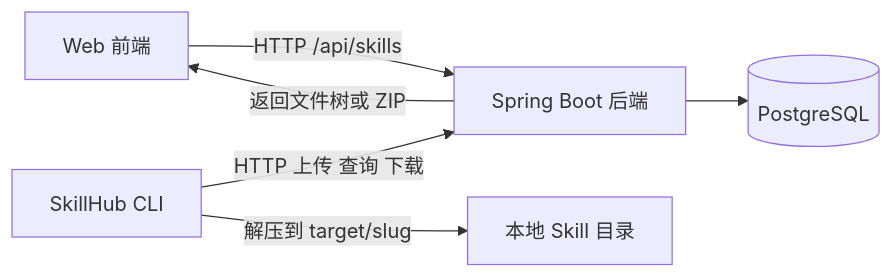
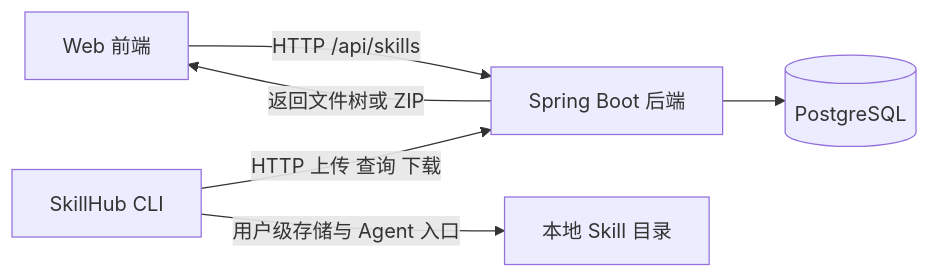
Before and after one commit to second196/skill-hub-simple: the diagram in README.md, drawn with Mermaid. The commit also changed other lines of this file and 16 other files, not shown here.

````diff
--- a/README.md
+++ b/README.md
@@ -330,8 +343,8 @@
 ```mermaid
 flowchart LR
   A[Web 前端] -->|HTTP /api/skills| B[Spring Boot 后端]
   C[SkillHub CLI] -->|HTTP 上传 查询 下载| B
   B --> D[(PostgreSQL)]
-  C -->|解压到 target/slug| E[本地 Skill 目录]
+  C -->|用户级存储与 Agent 入口| E[本地 Skill 目录]
   B -->|返回文件树或 ZIP| A
 ```
````
